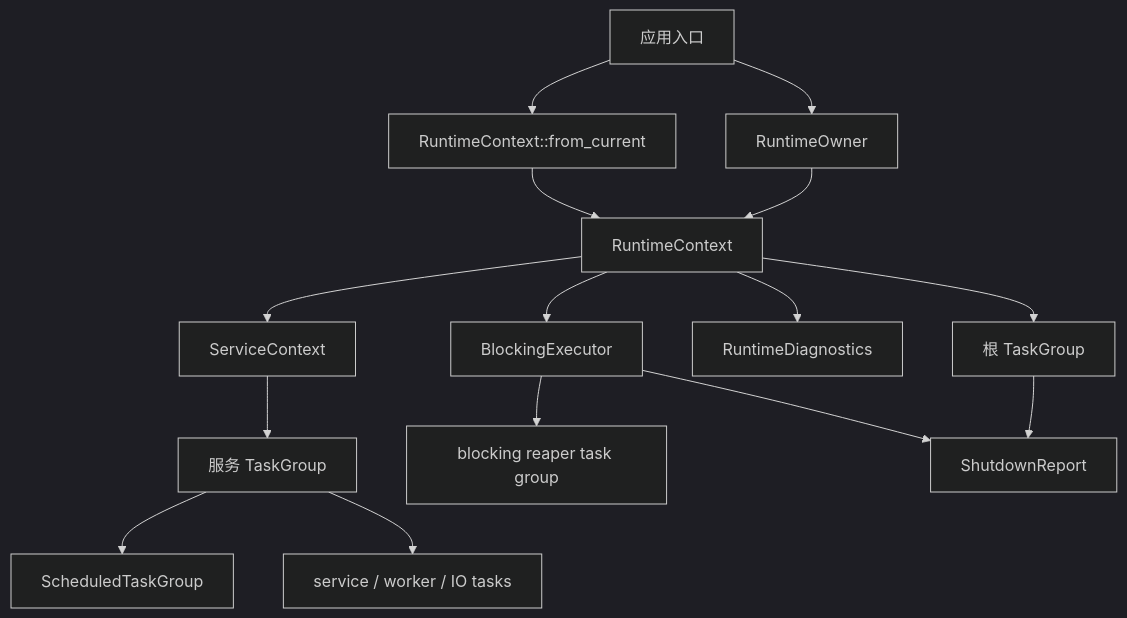
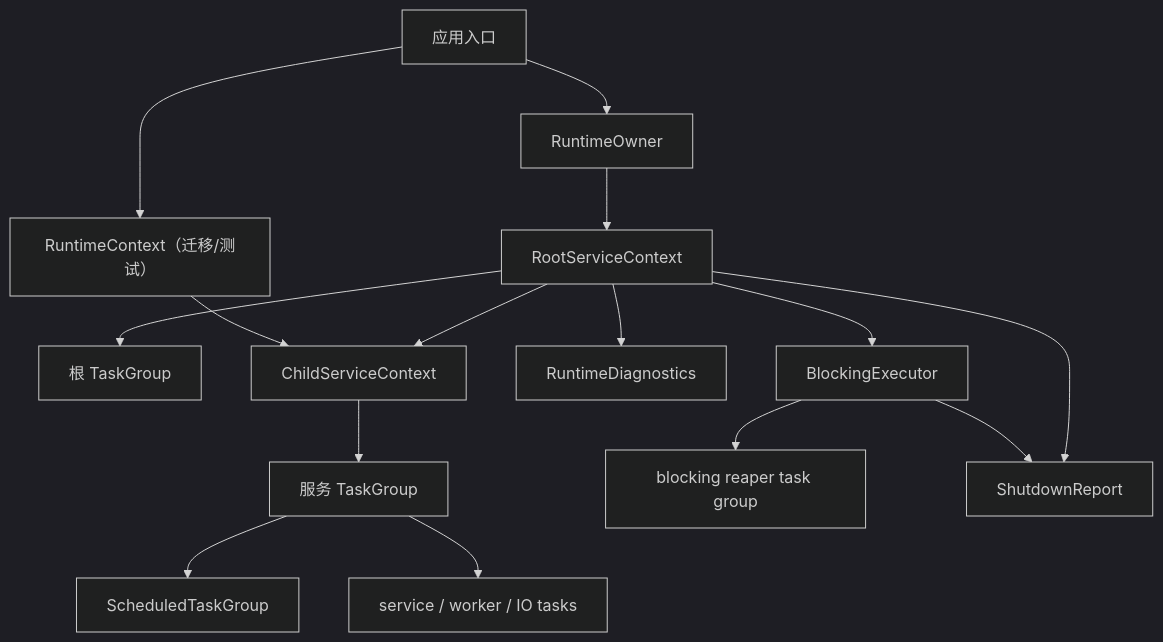
Before and after one commit to mxsm/rocketmq-rust: the diagram in rocketmq-runtime/README-zh_cn.md, drawn with Mermaid (dark theme). The commit also changed other lines of this file and 4 other files, not shown here.

````diff
--- a/rocketmq-runtime/README-zh_cn.md
+++ b/rocketmq-runtime/README-zh_cn.md
@@ -25,17 +25,17 @@
 ```mermaid
 flowchart TD
     Entry["应用入口"] --> Owner["RuntimeOwner"]
-    Entry --> Current["RuntimeContext::from_current"]
-    Owner --> Context["RuntimeContext"]
-    Current --> Context
-    Context --> Root["根 TaskGroup"]
-    Context --> Blocking["BlockingExecutor"]
-    Context --> Diagnostics["RuntimeDiagnostics"]
-    Context --> Service["ServiceContext"]
+    Entry --> Current["RuntimeContext（迁移/测试）"]
+    Owner --> Root["RootServiceContext"]
+    Root --> GroupRoot["根 TaskGroup"]
+    Root --> Blocking["BlockingExecutor"]
+    Root --> Diagnostics["RuntimeDiagnostics"]
+    Root --> Service["ChildServiceContext"]
+    Current --> Service
     Service --> Group["服务 TaskGroup"]
     Group --> Scheduled["ScheduledTaskGroup"]
     Group --> Workers["service / worker / IO tasks"]
     Blocking --> Reaper["blocking reaper task group"]
     Root --> Report["ShutdownReport"]
     Blocking --> Report
 ```
````
